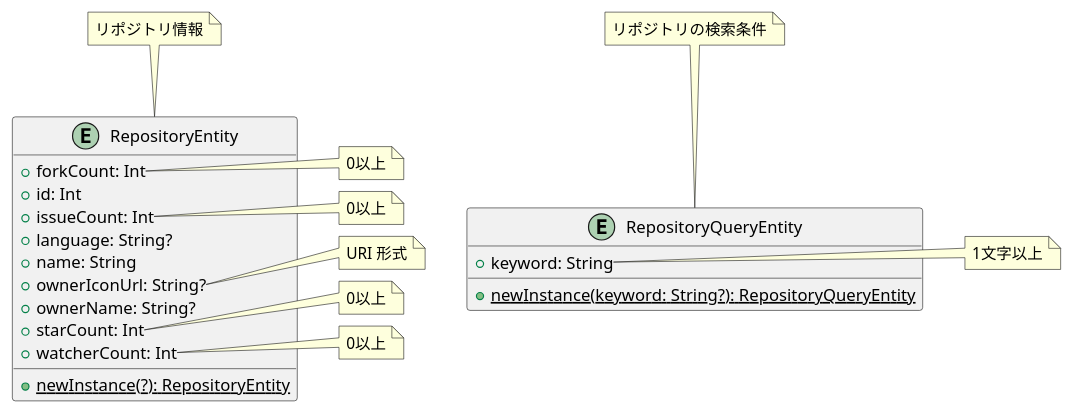
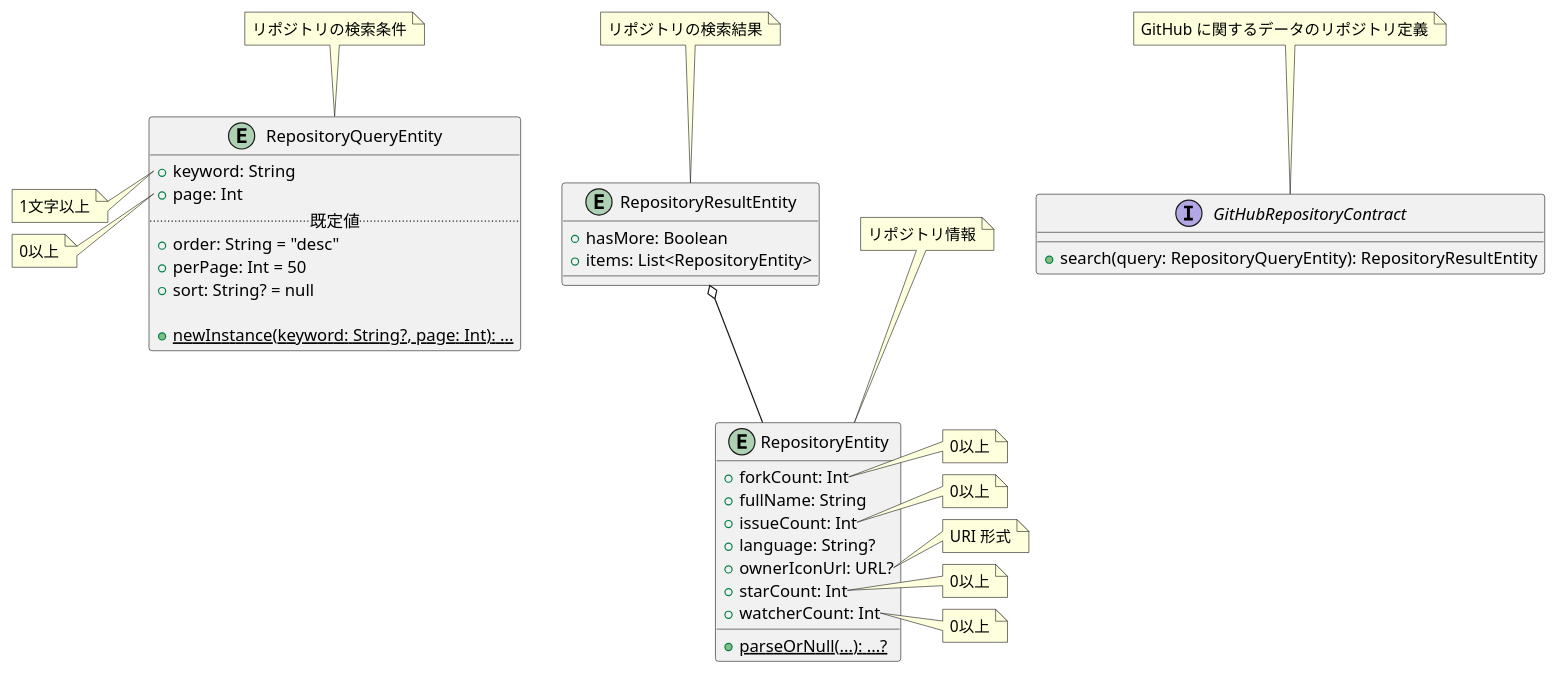
One commit to tshion/yumemi-inc_android-engineer-codecheck changed the diagram in docs/Classes.plantuml. Above: the diagram before and after it, drawn with PlantUML. The commit also changed 4 other files, not shown here.

```diff
--- a/docs/Classes.plantuml
+++ b/docs/Classes.plantuml
@@ -1,44 +1,66 @@
 @startuml
+
+entity RepositoryQueryEntity {
+    +keyword: String
+    +page: Int
+    .. 既定値 ..
+    +order: String = "desc"
+    +perPage: Int = 50
+    +sort: String? = null
+
+    +{static} newInstance(keyword: String?, page: Int): ...
+}
+note left of RepositoryQueryEntity::keyword
+    1文字以上
+end note
+note left of RepositoryQueryEntity::page
+    0以上
+end note
+note top of RepositoryQueryEntity : リポジトリの検索条件
+
+
+
+interface GitHubRepositoryContract {
+    +search(query: RepositoryQueryEntity): RepositoryResultEntity
+}
+note top of GitHubRepositoryContract : GitHub に関するデータのリポジトリ定義
+
+
+
+entity RepositoryResultEntity {
+    + hasMore: Boolean
+    + items: List<RepositoryEntity>
+}
+note top of RepositoryResultEntity : リポジトリの検索結果
 
 entity RepositoryEntity {
     +forkCount: Int
-    +id: Int
+    +fullName: String
     +issueCount: Int
     +language: String?
-    +name: String
-    +ownerIconUrl: String?
-    +ownerName: String?
+    +ownerIconUrl: URL?
     +starCount: Int
     +watcherCount: Int
 
-    +{static} newInstance(?): RepositoryEntity
+    +{static} parseOrNull(...): ...?
 }
 note right of RepositoryEntity::forkCount
     0以上
 end note
 note right of RepositoryEntity::issueCount
     0以上
 end note
 note right of RepositoryEntity::ownerIconUrl
     URI 形式
 end note
 note right of RepositoryEntity::starCount
     0以上
 end note
 note right of RepositoryEntity::watcherCount
     0以上
 end note
 note top of RepositoryEntity : リポジトリ情報
 
-
-entity RepositoryQueryEntity {
-    +keyword: String
-
-    +{static} newInstance(keyword: String?): RepositoryQueryEntity
-}
-note right of RepositoryQueryEntity::keyword
-    1文字以上
-end note
-note top of RepositoryQueryEntity : リポジトリの検索条件
+RepositoryResultEntity o-- RepositoryEntity
 
 @enduml
```
